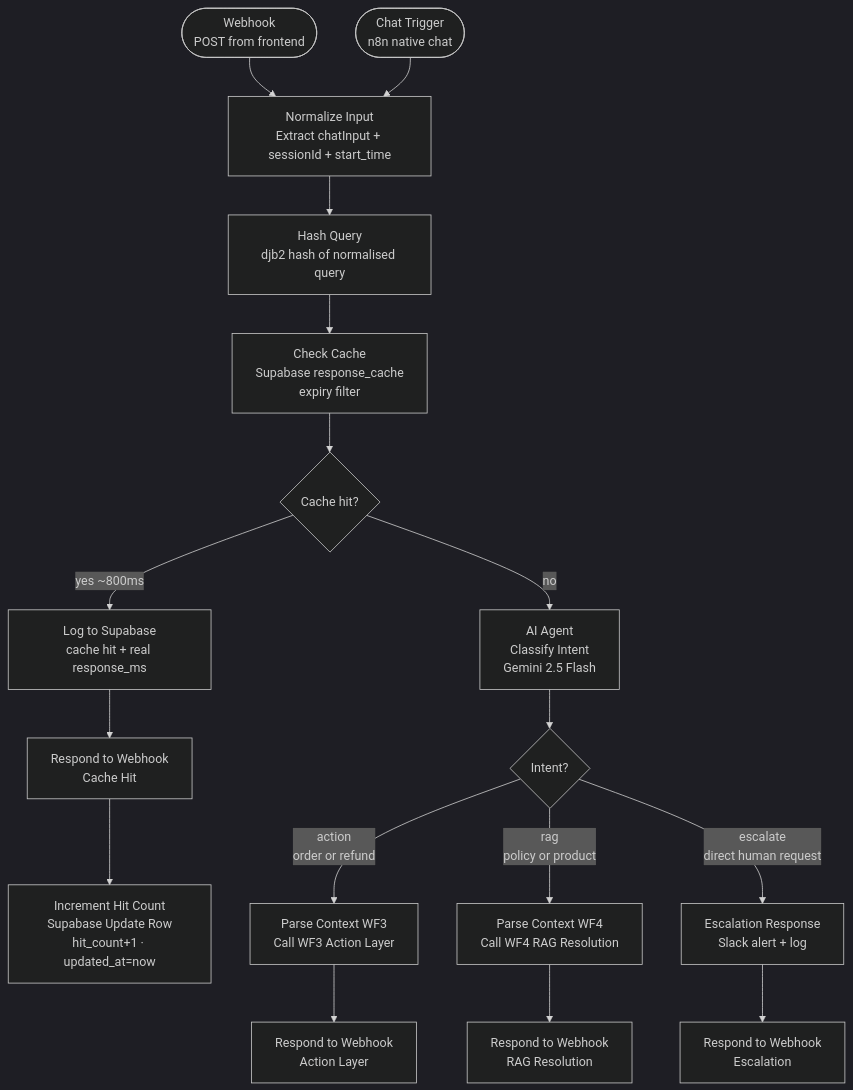
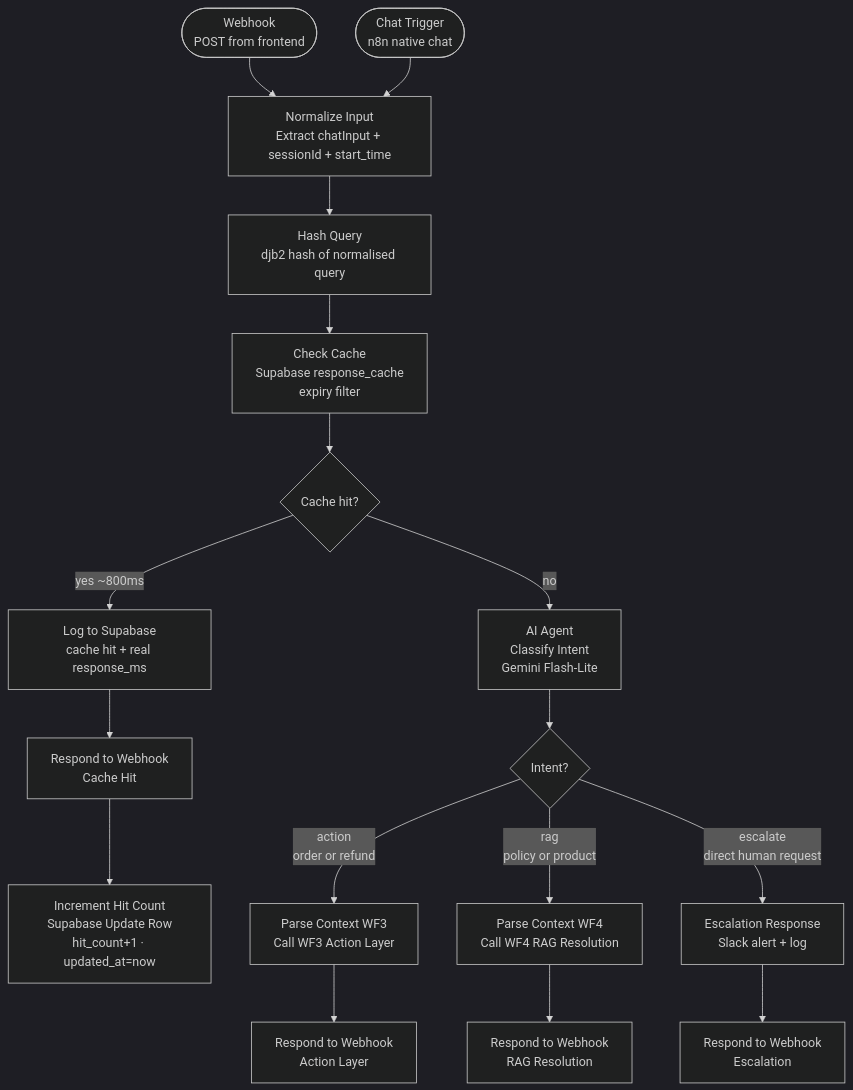
The diagram in docs/WF2_Triage.md (ShafqaatMalik/n8n-cx-agent), drawn with Mermaid (dark theme) before and after one commit. The commit also changed other lines of this file and 7 other files, not shown here.

````diff
--- a/docs/WF2_Triage.md
+++ b/docs/WF2_Triage.md
@@ -7,25 +7,25 @@
 ```mermaid
 flowchart TD
     A([Webhook\nPOST from frontend]) --> C
     B([Chat Trigger\nn8n native chat]) --> C
 
     C[Normalize Input\nExtract chatInput + sessionId + start_time] --> D
     D[Hash Query\ndjb2 hash of normalised query] --> E
     E[Check Cache\nSupabase response_cache\nexpiry filter] --> F
 
     F{Cache hit?}
     F -->|yes ~800ms| G[Log to Supabase\ncache hit + real response_ms]
     G --> H[Respond to Webhook\nCache Hit]
     H --> I[Increment Hit Count\nSupabase Update Row\nhit_count+1 · updated_at=now]
 
-    F -->|no| J[AI Agent\nClassify Intent\nGemini 2.5 Flash]
+    F -->|no| J[AI Agent\nClassify Intent\nGemini Flash-Lite]
     J --> K{Intent?}
 
     K -->|action\norder or refund| L[Parse Context WF3\nCall WF3 Action Layer]
     K -->|rag\npolicy or product| M[Parse Context WF4\nCall WF4 RAG Resolution]
     K -->|escalate\ndirect human request| N[Escalation Response\nSlack alert + log]
 
     L --> O[Respond to Webhook\nAction Layer]
     M --> P[Respond to Webhook\nRAG Resolution]
     N --> Q[Respond to Webhook\nEscalation]
 ```
````
